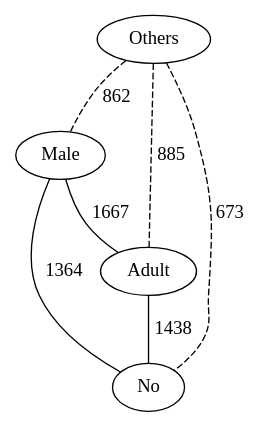
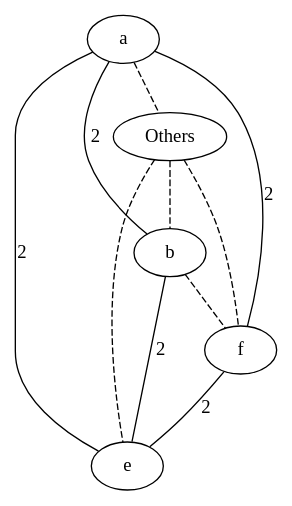
The diagram in src/extension/plainGraph_with_threshold.dot (lrodrin/TFG), drawn with Graphviz before and after one commit. The commit also changed 2 other files, not shown here.

```diff
--- a/src/extension/plainGraph_with_threshold.dot
+++ b/src/extension/plainGraph_with_threshold.dot
@@ -1,12 +1,17 @@
 strict graph "()" {
+a;
 Others;
-Male;
-Adult;
-No;
-Others -- Male  [color=black, label=862, style=dashed];
-Others -- Adult  [color=black, label=885, style=dashed];
-Others -- No  [color=black, label=673, style=dashed];
-Male -- Adult  [color=black, label=1667, style=solid];
-Male -- No  [color=black, label=1364, style=solid];
-Adult -- No  [color=black, label=1438, style=solid];
+b;
+f;
+e;
+a -- Others  [color=black, style=dashed];
+a -- b  [color=black, label=2, style=solid];
+a -- f  [color=black, label=2, style=solid];
+a -- e  [color=black, label=2, style=solid];
+Others -- b  [color=black, style=dashed];
+Others -- f  [color=black, style=dashed];
+Others -- e  [color=black, style=dashed];
+b -- f  [color=black, style=dashed];
+b -- e  [color=black, label=2, style=solid];
+f -- e  [color=black, label=2, style=solid];
 }
```
